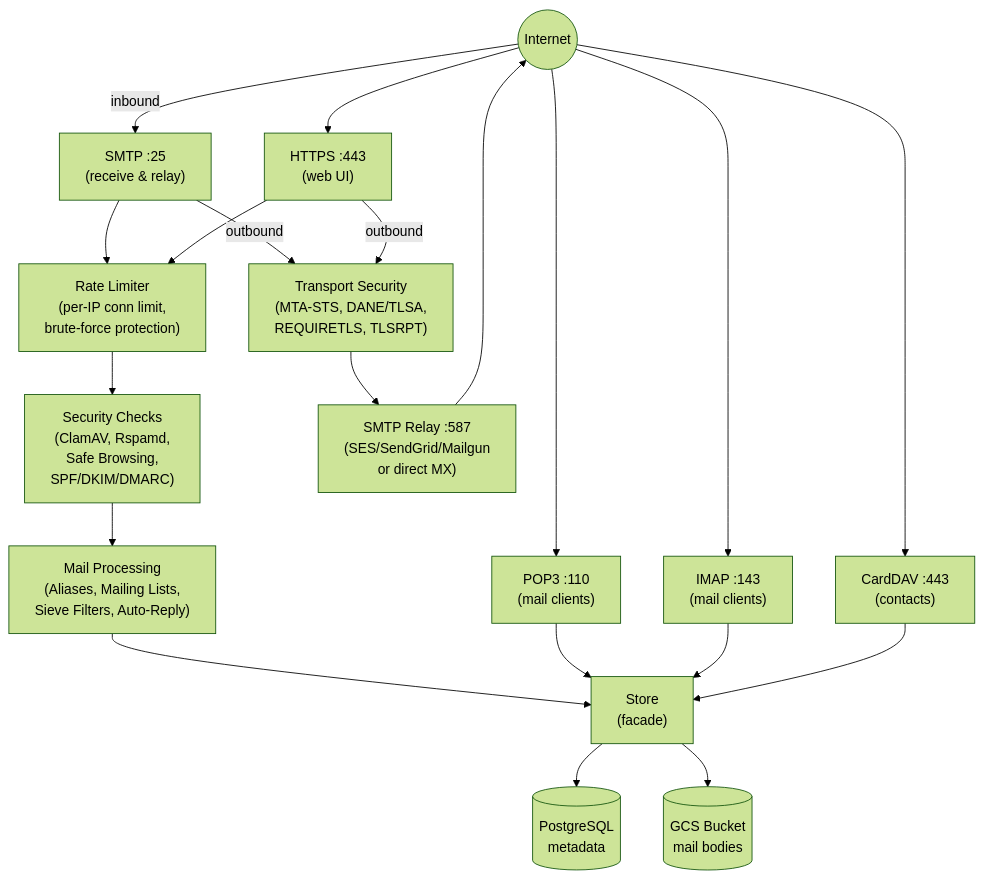
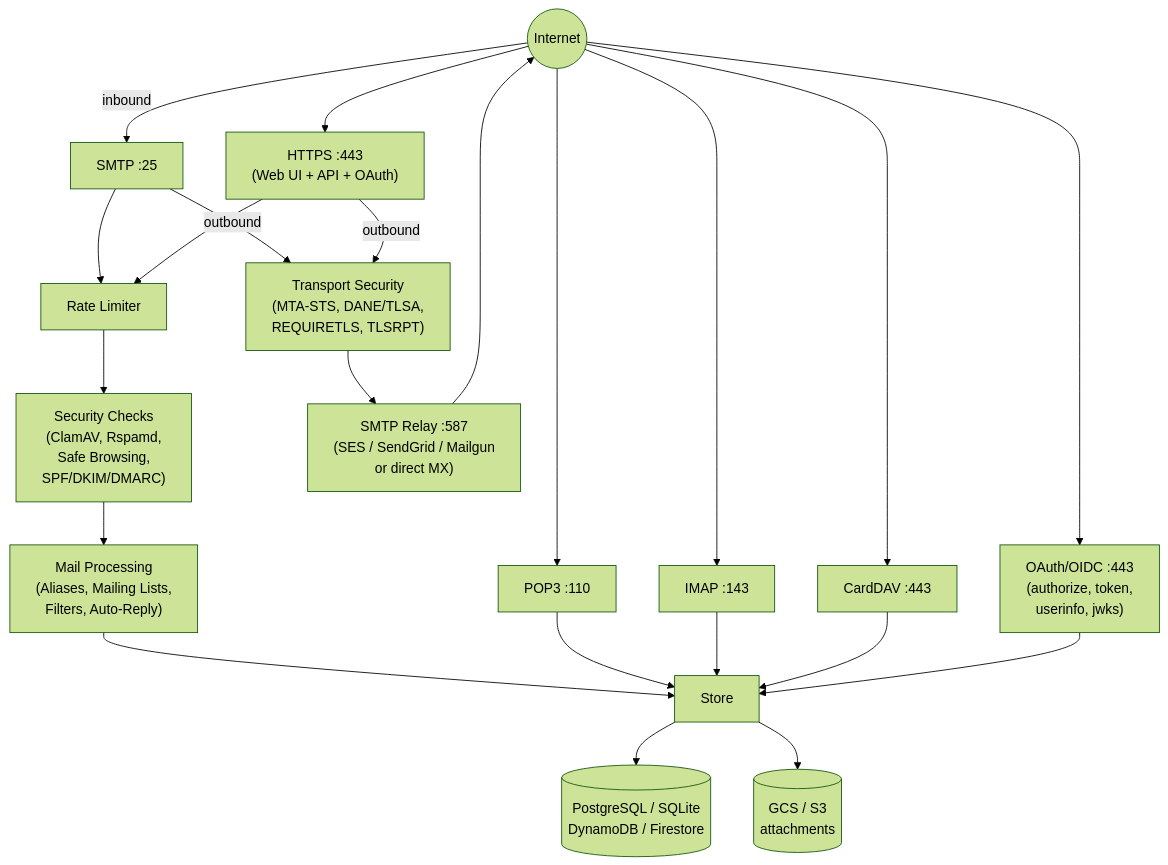
One commit to mustafa-karli/bdsmail changed the diagram in README.md. Above: the diagram before and after it, drawn with Mermaid (forest theme). The commit also changed other lines of this file and 54 other files, not shown here.

````diff
--- a/README.md
+++ b/README.md
@@ -42,31 +39,33 @@
 ```mermaid
 graph TD
     Internet((Internet))
 
-    Internet -->|inbound| SMTP["SMTP :25<br/>(receive & relay)"]
-    Internet --> POP3["POP3 :110<br/>(mail clients)"]
-    Internet --> IMAP["IMAP :143<br/>(mail clients)"]
-    Internet --> HTTPS["HTTPS :443<br/>(web UI)"]
+    Internet -->|inbound| SMTP["SMTP :25"]
+    Internet --> POP3["POP3 :110"]
+    Internet --> IMAP["IMAP :143"]
+    Internet --> HTTPS["HTTPS :443<br/>(Web UI + API + OAuth)"]
 
-    SMTP --> RateLimit["Rate Limiter<br/>(per-IP conn limit,<br/>brute-force protection)"]
+    SMTP --> RateLimit["Rate Limiter"]
     HTTPS --> RateLimit
 
     RateLimit --> Security["Security Checks<br/>(ClamAV, Rspamd,<br/>Safe Browsing,<br/>SPF/DKIM/DMARC)"]
 
-    Security --> Filters["Mail Processing<br/>(Aliases, Mailing Lists,<br/>Sieve Filters, Auto-Reply)"]
+    Security --> Filters["Mail Processing<br/>(Aliases, Mailing Lists,<br/>Filters, Auto-Reply)"]
 
-    Filters --> Store["Store<br/>(facade)"]
+    Filters --> Store["Store"]
     POP3 --> Store
     IMAP --> Store
 
-    Internet --> CardDAV["CardDAV :443<br/>(contacts)"]
+    Internet --> CardDAV["CardDAV :443"]
+    Internet --> OAuth["OAuth/OIDC :443<br/>(authorize, token,<br/>userinfo, jwks)"]
     CardDAV --> Store
+    OAuth --> Store
 
-    Store --> PostgreSQL[(PostgreSQL<br/>metadata)]
-    Store --> GCS[(GCS Bucket<br/>mail bodies)]
+    Store --> DB[(PostgreSQL / SQLite<br/>DynamoDB / Firestore)]
+    Store --> Bucket[(GCS / S3<br/>attachments)]
 
     SMTP -->|outbound| TLS["Transport Security<br/>(MTA-STS, DANE/TLSA,<br/>REQUIRETLS, TLSRPT)"]
     HTTPS -->|outbound| TLS
-    TLS --> SES["SMTP Relay :587<br/>(SES/SendGrid/Mailgun<br/>or direct MX)"]
-    SES --> Internet
+    TLS --> Relay["SMTP Relay :587<br/>(SES / SendGrid / Mailgun<br/>or direct MX)"]
+    Relay --> Internet
 ```
````
